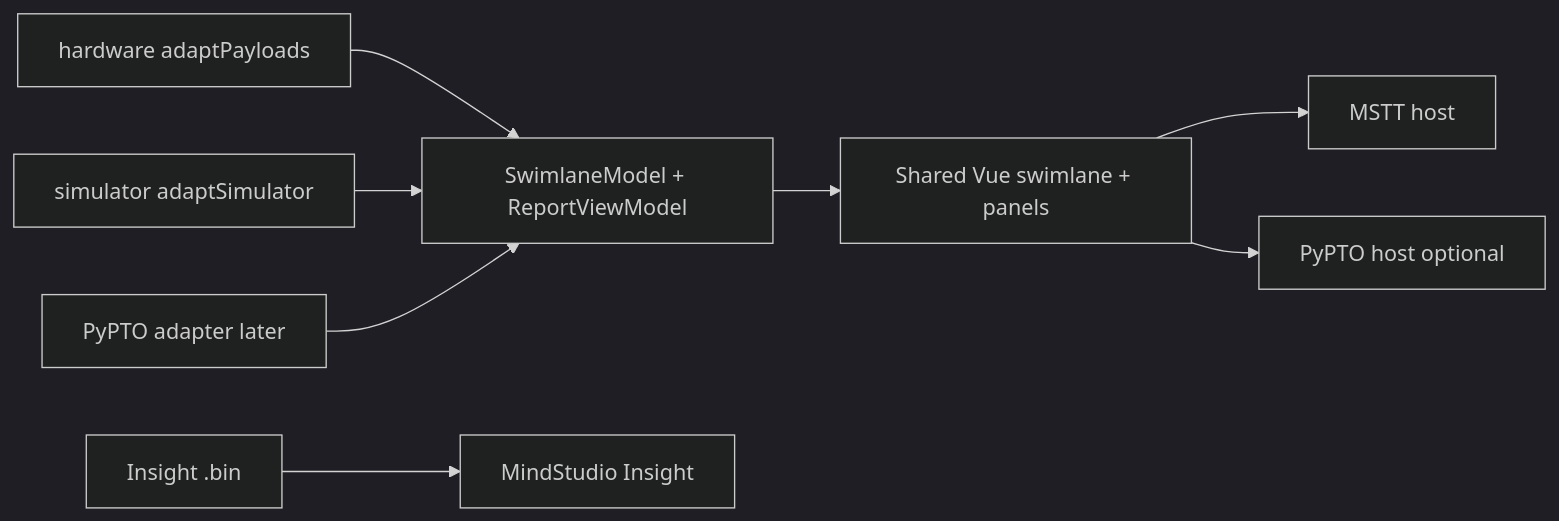
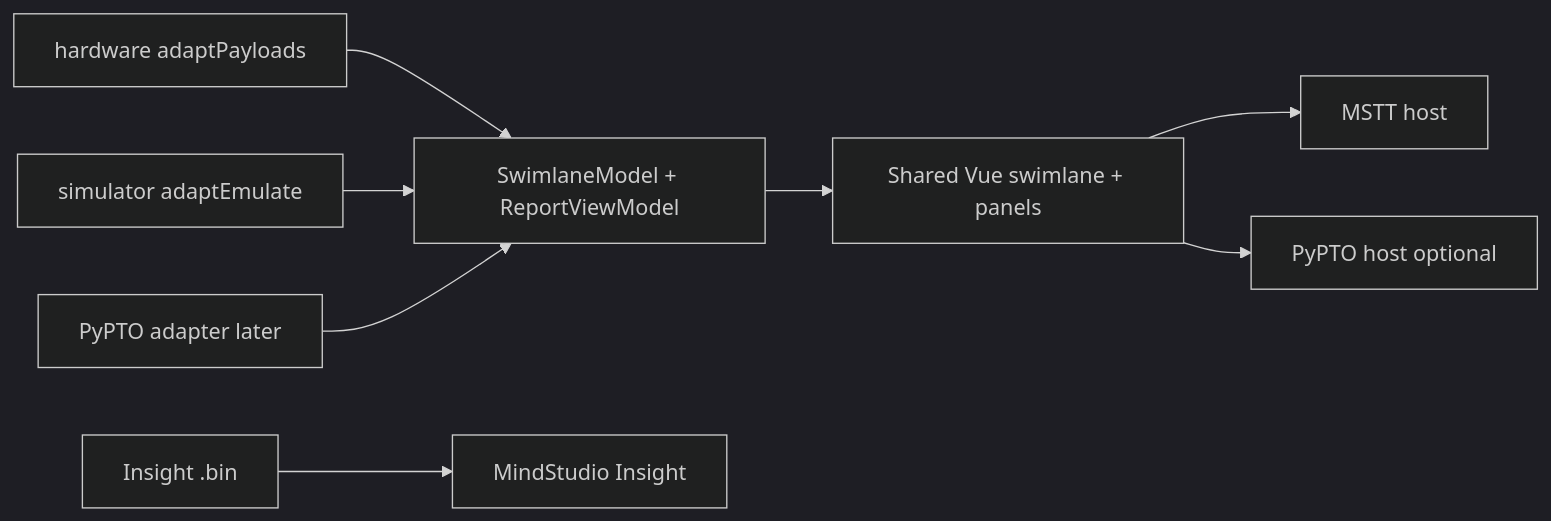
The first of 2 diagrams in docs/architecture/ARCHITECTURE.md (IdeFrontend/profiling-report), drawn with Mermaid (dark theme) before and after one commit. The commit also changed other lines of this file and 56 other files, not shown here.

First line of the commit message:
feat: adapt emulate .npu-rep leaves into existing compute views

````diff
--- a/docs/architecture/ARCHITECTURE.md
+++ b/docs/architecture/ARCHITECTURE.md
@@ -21,10 +21,10 @@
 ```mermaid
 flowchart LR
   HW["hardware adaptPayloads"] --> Models["SwimlaneModel + ReportViewModel"]
-  SIM["simulator adaptSimulator"] --> Models
+  SIM["simulator adaptEmulate"] --> Models
   Pypto["PyPTO adapter later"] --> Models
   Models --> SharedUI["Shared Vue swimlane + panels"]
   SharedUI --> MsttHost["MSTT host"]
   SharedUI --> PyptoHost["PyPTO host optional"]
   Bin["Insight .bin"] --> Insight["MindStudio Insight"]
 ```
````
